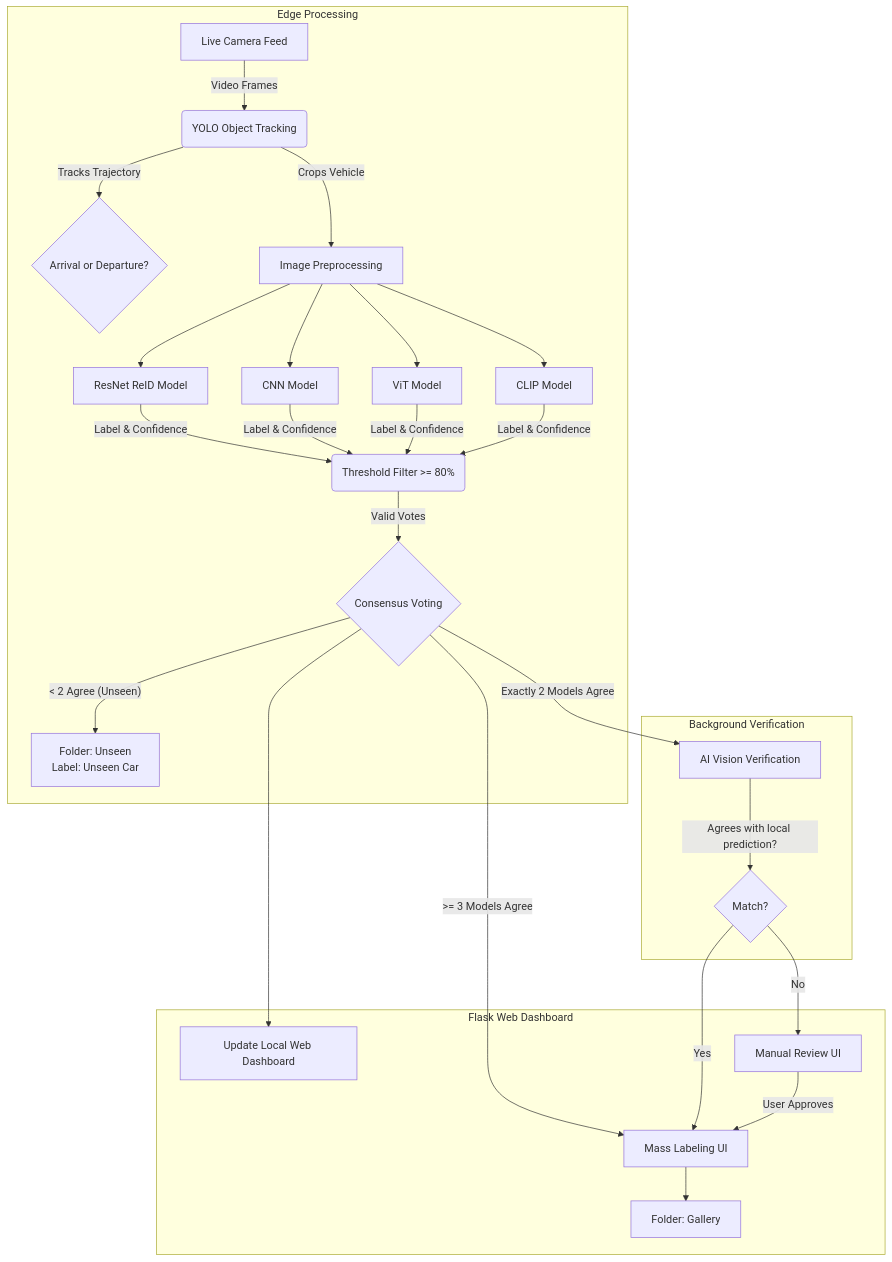
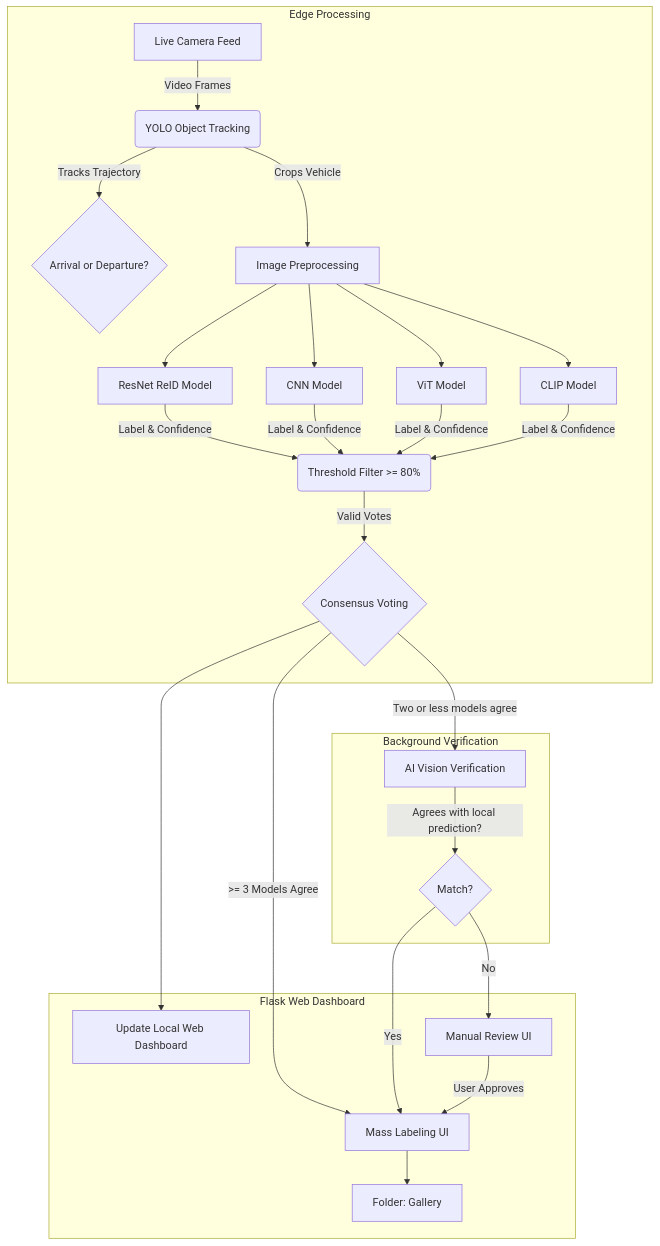
Before and after one commit to Nuisey/CaReID: the diagram in README.md, drawn with Mermaid. The commit also changed other lines of this file, not shown here.

Commit message:
Update Mermaid diagram and README text to reflect the new '<= 2 models agree' logic

````diff
--- a/README.md
+++ b/README.md
@@ -23,43 +23,40 @@
 ```mermaid
 flowchart TD
 
     subgraph Edge Processing
         A[Live Camera Feed] -->|Video Frames| B(YOLO Object Tracking)
         B -->|Tracks Trajectory| C{Arrival or Departure?}
         B -->|Crops Vehicle| D[Image Preprocessing]
   
         D --> E[ResNet ReID Model]
         D --> F[CNN Model]
         D --> G[ViT Model]
         D --> H[CLIP Model]
   
         E & F & G & H -->|Label & Confidence| I(Threshold Filter >= 80%)
         I -->|Valid Votes| J{Consensus Voting}
-        
-        M[Folder: Unseen\nLabel: Unseen Car]
     end
 
     subgraph Background Verification
         P[AI Vision Verification]
         Q{Match?}
     end
   
     subgraph Flask Web Dashboard
         O[Update Local Web Dashboard]
         R[Manual Review UI]
         S[Mass Labeling UI]
         T[Folder: Gallery]
     end
 
     J -- ">= 3 Models Agree" --> S
-    J -- "Exactly 2 Models Agree" --> P
-    J -- "< 2 Agree (Unseen)" --> M
+    J -- "Two or less models agree" --> P
     
     P -->|Agrees with local prediction?| Q
     Q -- Yes --> S
     
     J --> O
     Q -- No --> R
     R -- User Approves --> S
     S --> T
 ```
````
